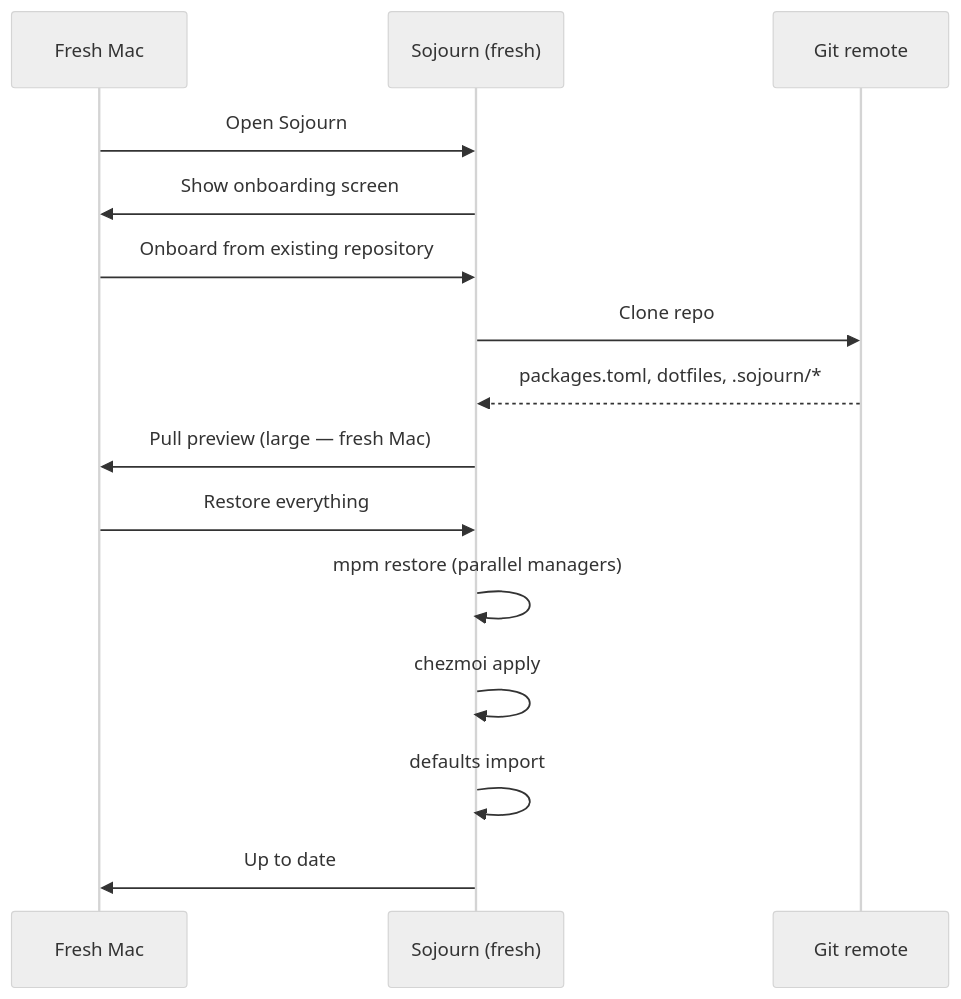
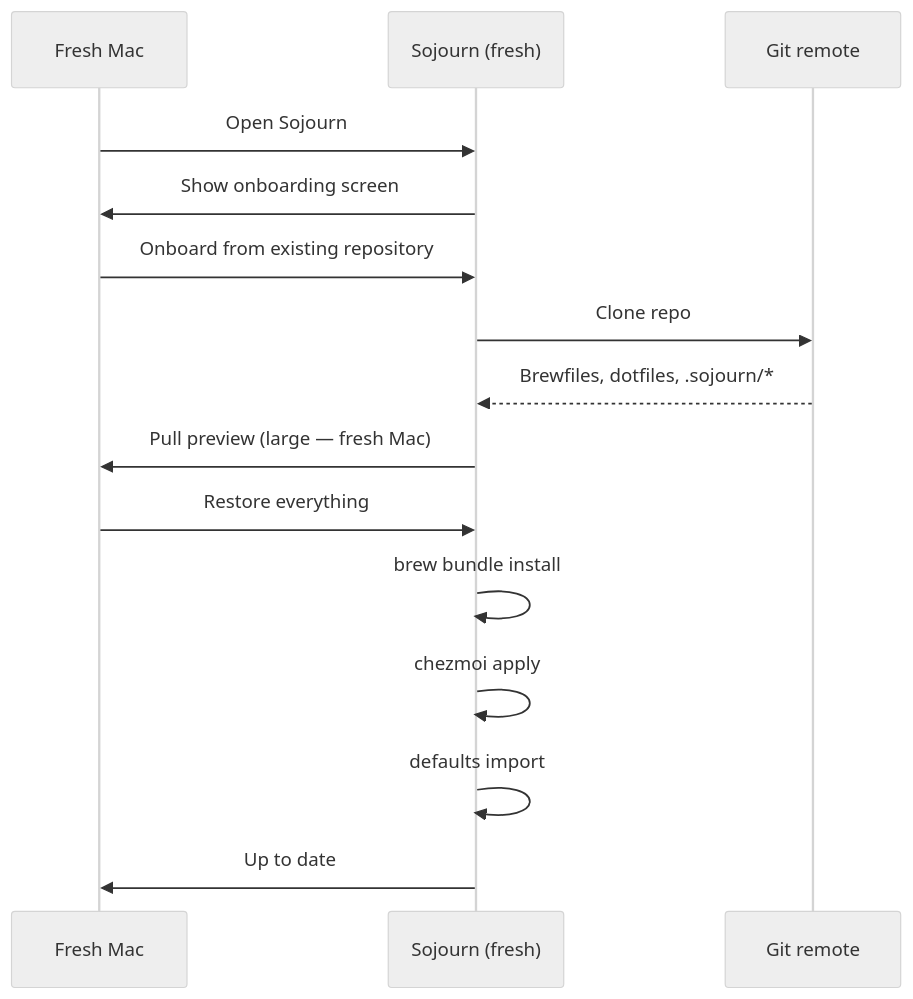
One commit to Bizarre-Industries/Sojourn changed the diagram in docs/start/04-recover-from-loss.md. Above: the diagram before and after it, drawn with Mermaid (neutral theme). The commit also changed other lines of this file and 25 other files, not shown here.

````diff
--- a/docs/start/04-recover-from-loss.md
+++ b/docs/start/04-recover-from-loss.md
@@ -36,17 +36,17 @@
 ```mermaid
 sequenceDiagram
     participant F as Fresh Mac
     participant S as Sojourn (fresh)
     participant G as Git remote
     F->>S: Open Sojourn
     S->>F: Show onboarding screen
     F->>S: Onboard from existing repository
     S->>G: Clone repo
-    G-->>S: packages.toml, dotfiles, .sojourn/*
+    G-->>S: Brewfiles, dotfiles, .sojourn/*
     S->>F: Pull preview (large — fresh Mac)
     F->>S: Restore everything
-    S->>S: mpm restore (parallel managers)
+    S->>S: brew bundle install
     S->>S: chezmoi apply
     S->>S: defaults import
     S->>F: Up to date
 ```
````
